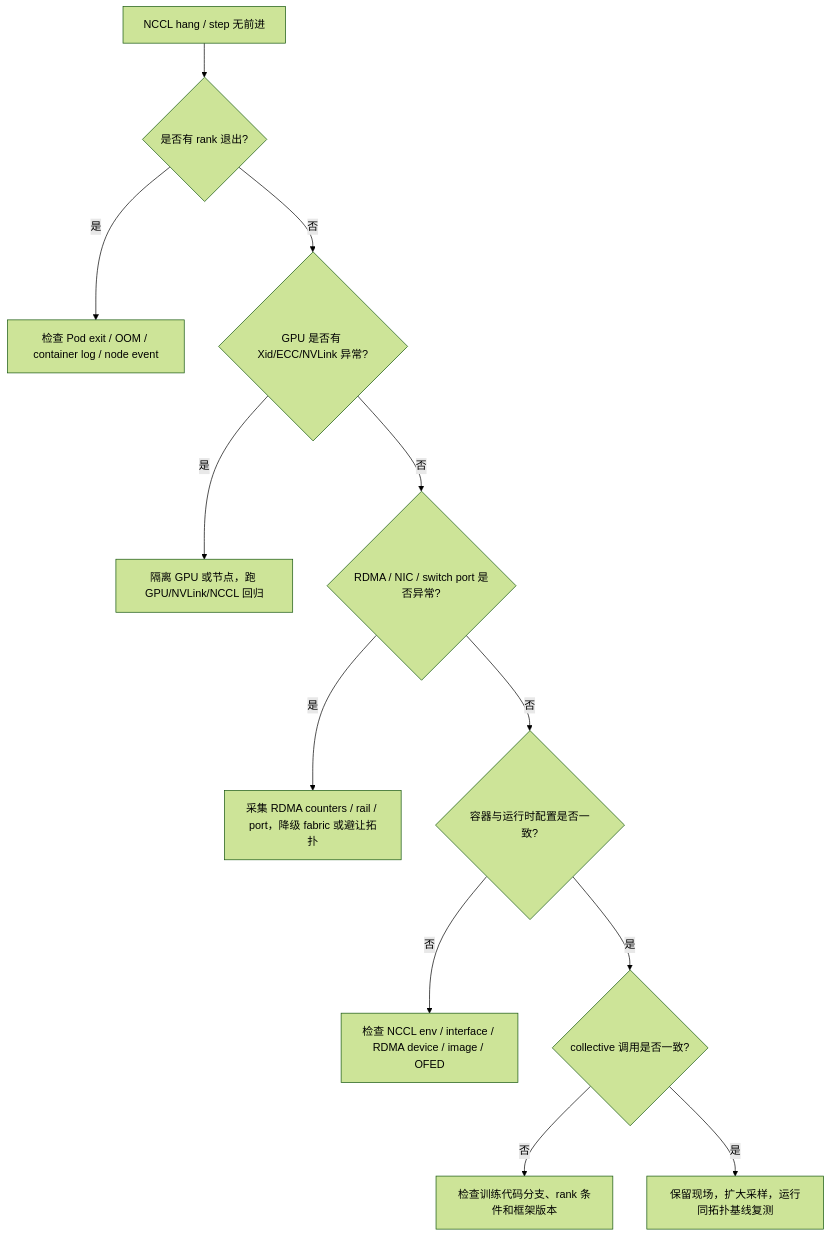
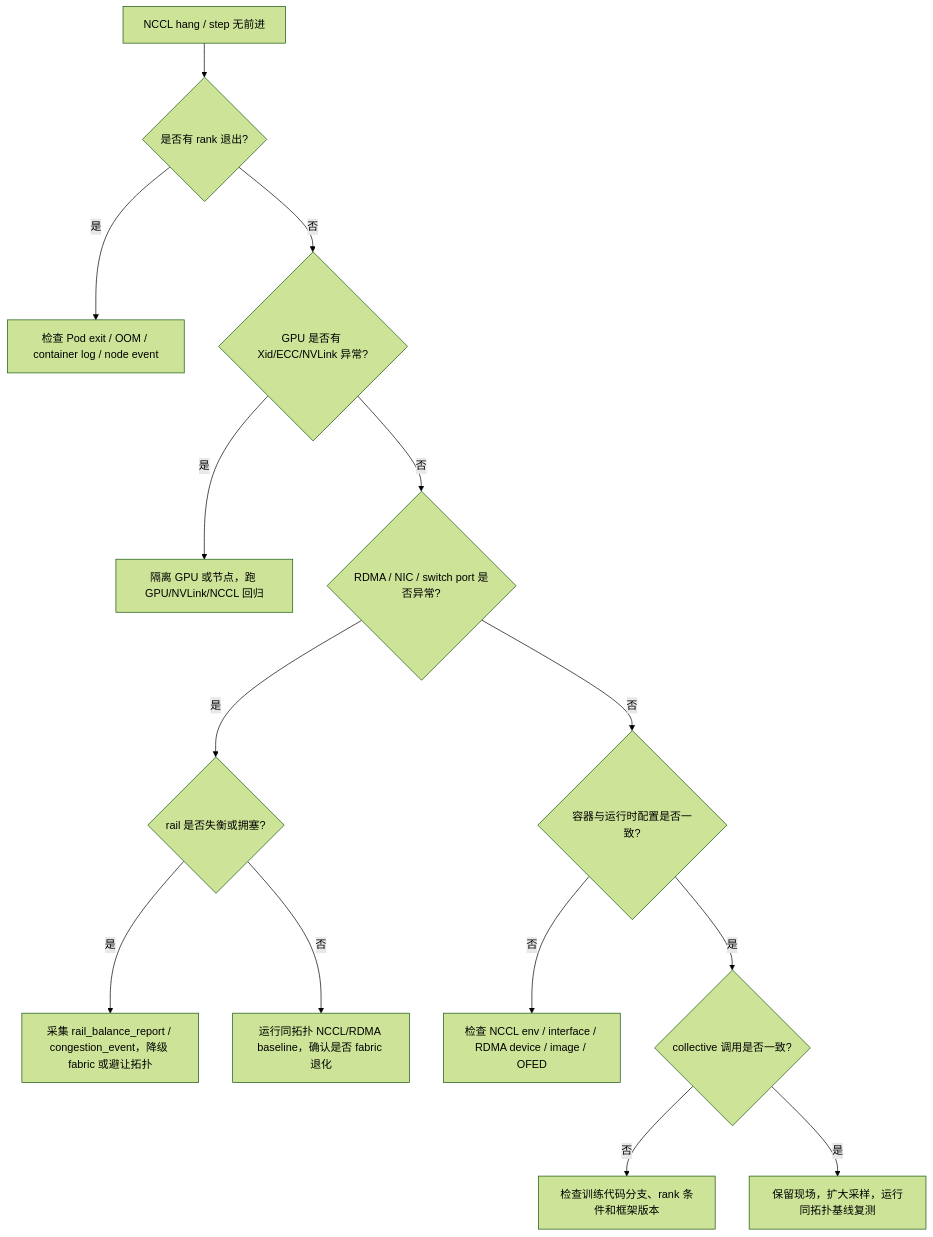
Before and after one commit to ikingye/ai-factory-engineering: the second of 3 diagrams in docs/part-09-reliability-observability/chapter-39-troubleshooting.md, drawn with Mermaid (forest theme). The commit also changed other lines of this file and 9 other files, not shown here.

````diff
--- a/docs/part-09-reliability-observability/chapter-39-troubleshooting.md
+++ b/docs/part-09-reliability-observability/chapter-39-troubleshooting.md
@@ -114,14 +114,16 @@
 ```mermaid
 flowchart TB
   H["NCCL hang / step 无前进"] --> R{是否有 rank 退出?}
   R -->|是| Exit["检查 Pod exit / OOM / container log / node event"]
   R -->|否| G{GPU 是否有 Xid/ECC/NVLink 异常?}
   G -->|是| GPUFix["隔离 GPU 或节点，跑 GPU/NVLink/NCCL 回归"]
   G -->|否| N{RDMA / NIC / switch port 是否异常?}
-  N -->|是| NetFix["采集 RDMA counters / rail / port，降级 fabric 或避让拓扑"]
+  N -->|是| B{rail 是否失衡或拥塞?}
+  B -->|是| NetFix["采集 rail_balance_report / congestion_event，降级 fabric 或避让拓扑"]
+  B -->|否| NetBase["运行同拓扑 NCCL/RDMA baseline，确认是否 fabric 退化"]
   N -->|否| C{容器与运行时配置是否一致?}
   C -->|否| RuntimeFix["检查 NCCL env / interface / RDMA device / image / OFED"]
   C -->|是| Code{collective 调用是否一致?}
   Code -->|否| ModelFix["检查训练代码分支、rank 条件和框架版本"]
   Code -->|是| Unknown["保留现场，扩大采样，运行同拓扑基线复测"]
 ```
````
